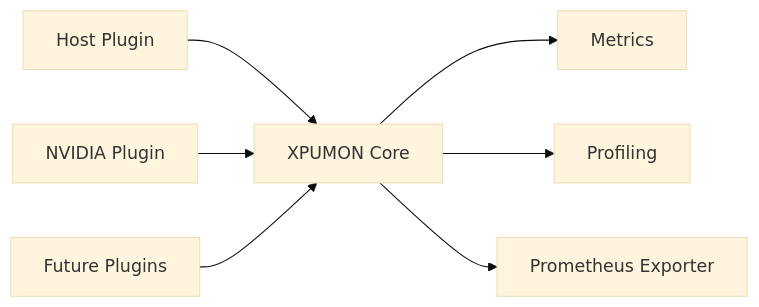
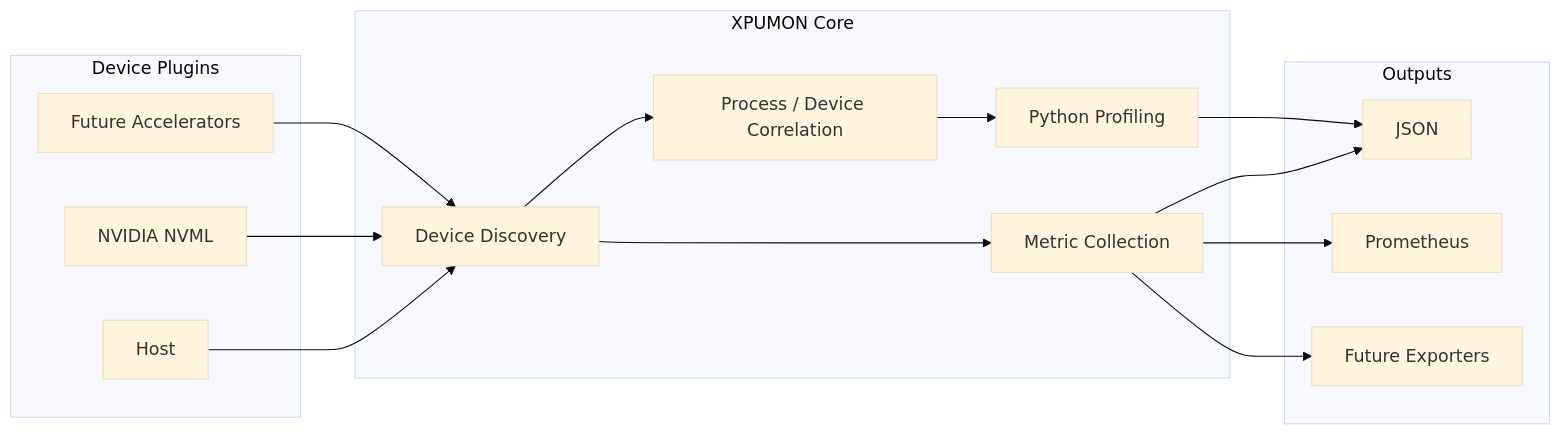
The diagram in README.md (hdimmfh/xpu-monitor-agent), drawn with Mermaid (base theme) before and after one commit. The commit also changed other lines of this file, not shown here.

````diff
--- a/README.md
+++ b/README.md
@@ -40,14 +115,34 @@
 ```mermaid
 flowchart LR
-    Host["Host Plugin"]
-    NVIDIA["NVIDIA Plugin"]
-    Future["Future Plugins"]
+    subgraph Plugins["Device Plugins"]
+        Host["Host"]
+        NVIDIA["NVIDIA NVML"]
+        Future["Future Accelerators"]
+    end
 
-    Host --> Core["XPUMON Core"]
-    NVIDIA --> Core
-    Future --> Core
+    subgraph Core["XPUMON Core"]
+        Discovery["Device Discovery"]
+        Collection["Metric Collection"]
+        Correlation["Process / Device Correlation"]
+        Profiling["Python Profiling"]
+    end
 
-    Core --> Metrics["Metrics"]
-    Core --> Profiling["Profiling"]
-    Core --> Exporter["Prometheus Exporter"]
+    subgraph Outputs["Outputs"]
+        JSON["JSON"]
+        Prometheus["Prometheus"]
+        FutureExporter["Future Exporters"]
+    end
+
+    Host --> Discovery
+    NVIDIA --> Discovery
+    Future --> Discovery
+
+    Discovery --> Collection
+    Discovery --> Correlation
+    Correlation --> Profiling
+
+    Collection --> JSON
+    Collection --> Prometheus
+    Profiling --> JSON
+    Collection --> FutureExporter
 ```
````
